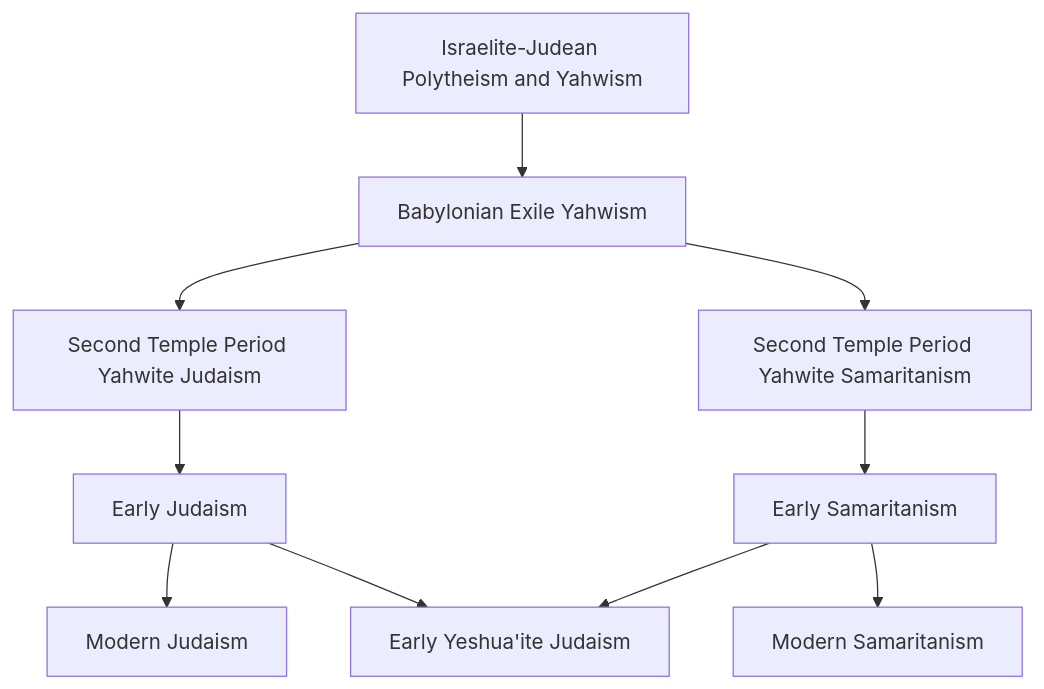
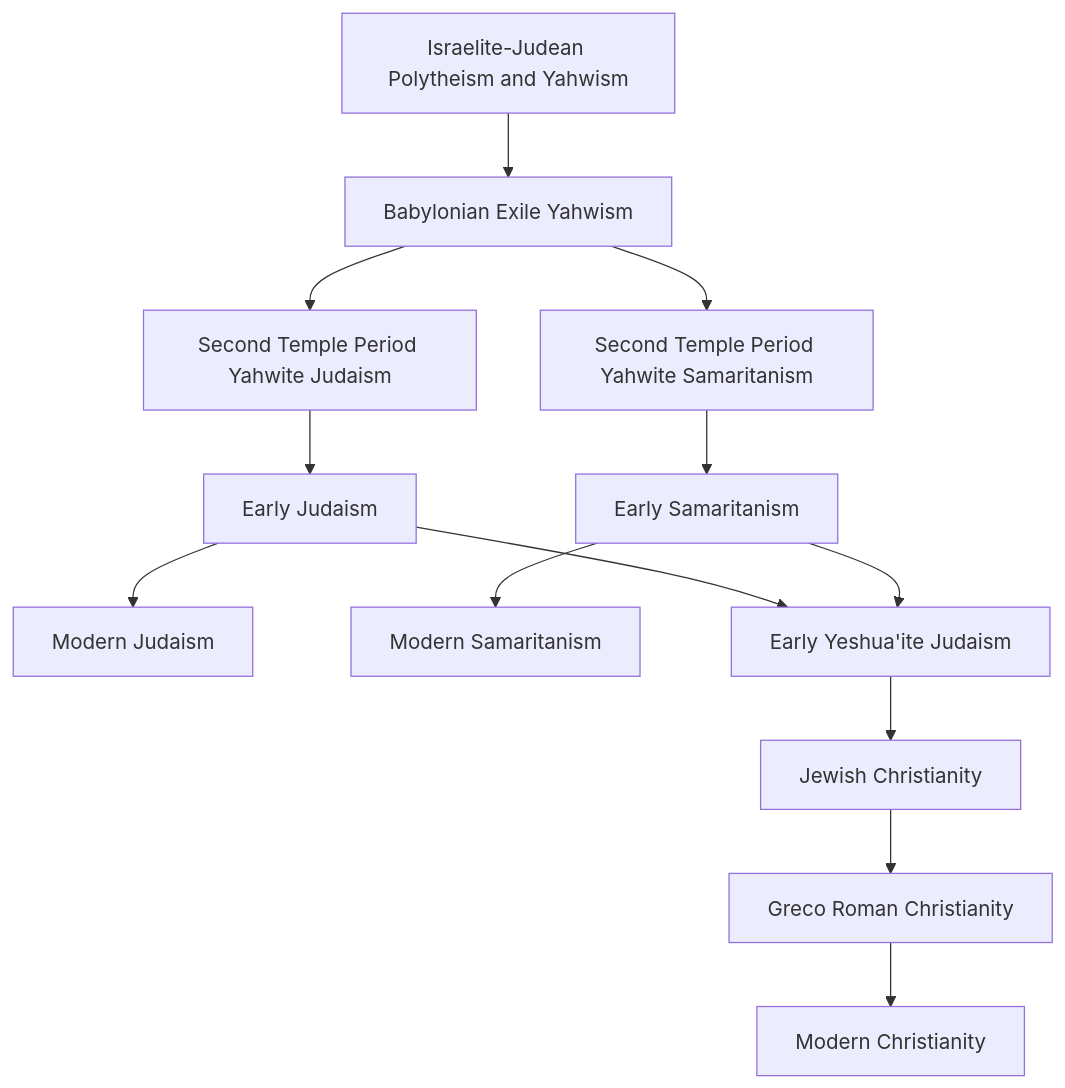
The diagram in emergence_of_judaism_and_samaritanism.mermaid (bendqh1/mermaid), drawn with Mermaid before and after one commit.

```diff
--- a/emergence_of_judaism_and_samaritanism.mermaid
+++ b/emergence_of_judaism_and_samaritanism.mermaid
@@ -1,12 +1,16 @@
 flowchart TD
     A1[Israelite-Judean Polytheism and Yahwism]
     A1 --> A2[Babylonian Exile Yahwism]
     A2 --> A3[Second Temple Period Yahwite Judaism] 
     A2 --> A4[Second Temple Period Yahwite Samaritanism]
 
     A3 --> B1[Early Judaism]
     A4 --> B2[Early Samaritanism]
 
     B1 --> C1[Modern Judaism]
     B2 --> C2[Modern Samaritanism]
-    B1 & B2 --> XX1[Early Yeshua'ite Judaism]
+    B1 & B2 --> C3[Early Yeshua'ite Judaism]
+    
+    C3 --> XX1[Jewish Christianity]
+    XX1 --> XX2[Greco Roman Christianity]
+    XX2 --> XX3[Modern Christianity]
```
